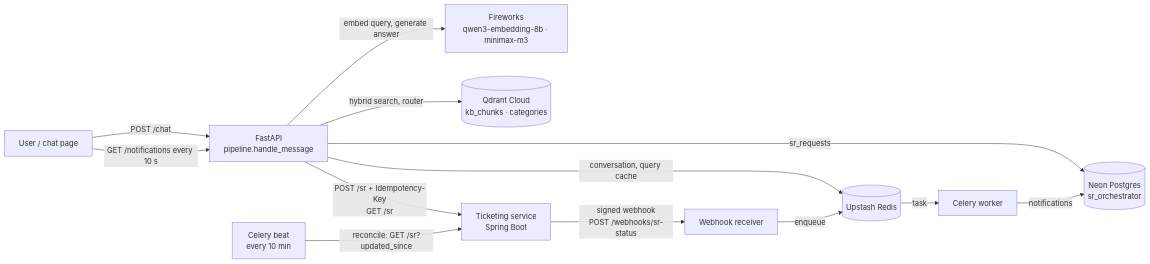
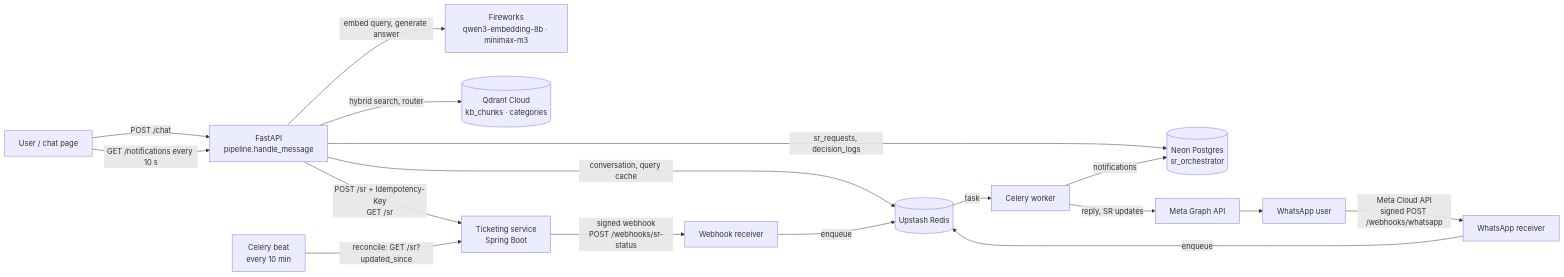
The diagram in README.md (querydesk-ai/querydesk-orchestrator), drawn with Mermaid before and after one commit. The commit also changed other lines of this file and 3 other files, not shown here.

First line of the commit message:
Docs for v0.9.0: README, WhatsApp runbook, task board

````diff
--- a/README.md
+++ b/README.md
@@ -43,15 +43,18 @@
 ```mermaid
 flowchart LR
     U[User / chat page] -->|POST /chat| API[FastAPI<br/>pipeline.handle_message]
     API -->|conversation, query cache| R[(Upstash Redis)]
     API -->|embed query, generate answer| FW[Fireworks<br/>qwen3-embedding-8b · minimax-m3]
     API -->|hybrid search, router| Q[(Qdrant Cloud<br/>kb_chunks · categories)]
     API -->|POST /sr + Idempotency-Key<br/>GET /sr| T[Ticketing service<br/>Spring Boot]
-    API -->|sr_requests| PG[(Neon Postgres<br/>sr_orchestrator)]
+    API -->|sr_requests, decision_logs| PG[(Neon Postgres<br/>sr_orchestrator)]
+    WA[WhatsApp user] -->|Meta Cloud API<br/>signed POST /webhooks/whatsapp| WWH[WhatsApp receiver]
+    WWH -->|enqueue| R
+    W -->|reply, SR updates| META[Meta Graph API] --> WA
     T -->|signed webhook<br/>POST /webhooks/sr-status| WH[Webhook receiver]
     WH -->|enqueue| R
     R -->|task| W[Celery worker]
     W -->|notifications| PG
     B[Celery beat<br/>every 10 min] -->|reconcile: GET /sr?updated_since| T
     U -->|GET /notifications every 10 s| API
 ```
````
